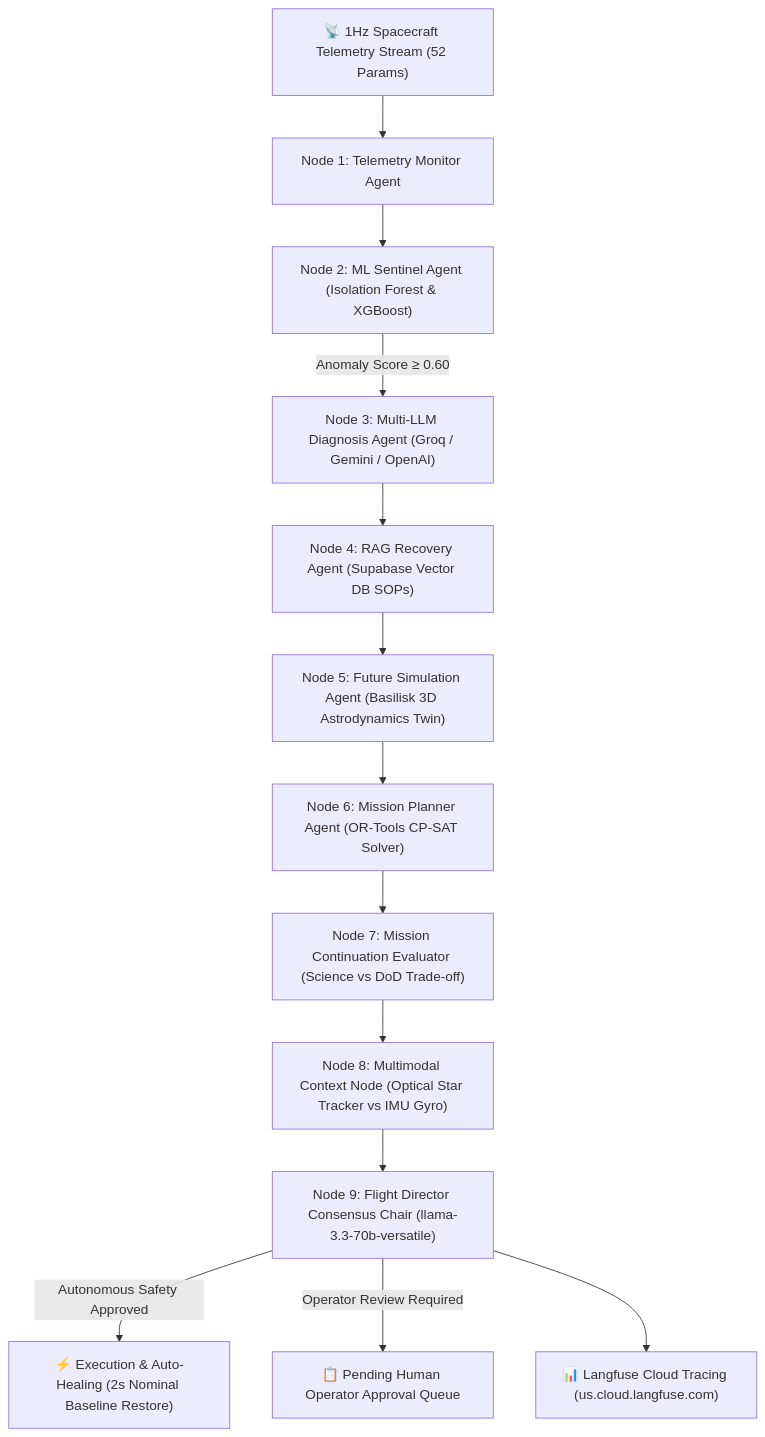
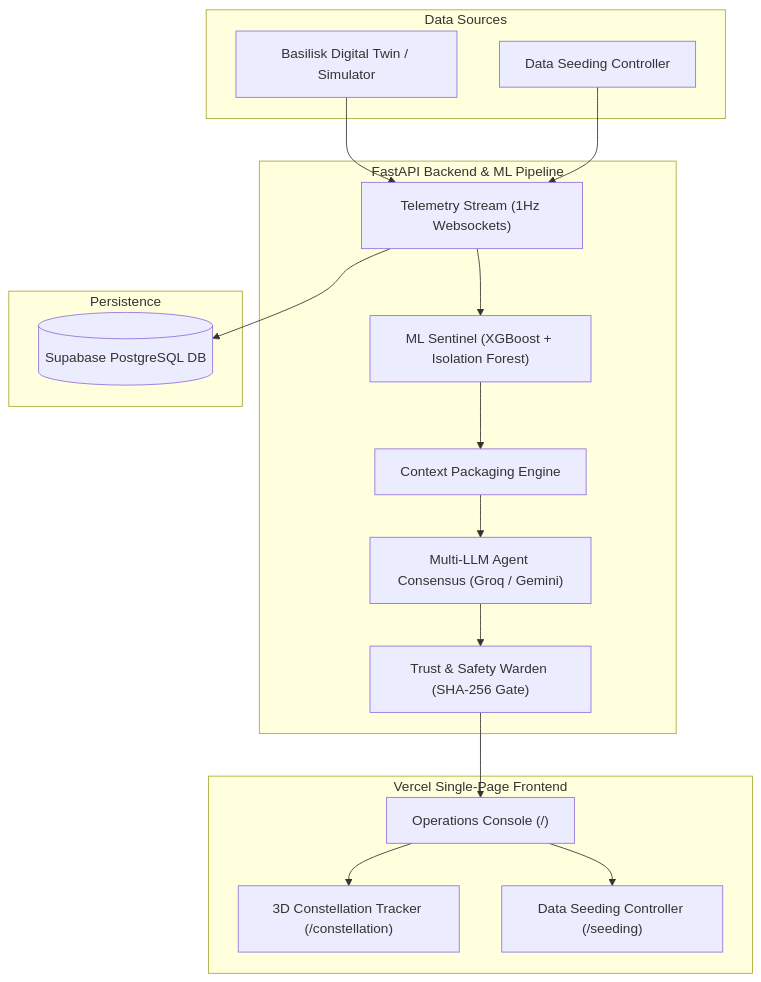
The diagram in README.md (kaushik-khodke/CodeRush2.0_404), drawn with Mermaid before and after one commit. The commit also changed other lines of this file and 12 other files, not shown here.

Commit message:
feat: implement SMOA frontend infrastructure with telemetry dashboard and constellation visualization components

````diff
--- a/README.md
+++ b/README.md
@@ -17,15 +65,36 @@
 ```mermaid
 graph TD
-    A["📡 1Hz Spacecraft Telemetry Stream (52 Params)"] --> B["Node 1: Telemetry Monitor Agent"]
-    B --> C["Node 2: ML Sentinel Agent (Isolation Forest & XGBoost)"]
-    C -->|Anomaly Score ≥ 0.60| D["Node 3: Multi-LLM Diagnosis Agent (Groq / Gemini / OpenAI)"]
-    D --> E["Node 4: RAG Recovery Agent (Supabase Vector DB SOPs)"]
-    E --> F["Node 5: Future Simulation Agent (Basilisk 3D Astrodynamics Twin)"]
-    F --> G["Node 6: Mission Planner Agent (OR-Tools CP-SAT Solver)"]
-    G --> H["Node 7: Mission Continuation Evaluator (Science vs DoD Trade-off)"]
-    H --> I["Node 8: Multimodal Context Node (Optical Star Tracker vs IMU Gyro)"]
-    I --> J["Node 9: Flight Director Consensus Chair (llama-3.3-70b-versatile)"]
-    J -->|Autonomous Safety Approved| K["⚡ Execution & Auto-Healing (2s Nominal Baseline Restore)"]
-    J -->|Operator Review Required| L["📋 Pending Human Operator Approval Queue"]
-    J --> M["📊 Langfuse Cloud Tracing (us.cloud.langfuse.com)"]
+    subgraph Data Sources
+        Sim["Basilisk Digital Twin / Simulator"]
+        Seed["Data Seeding Controller"]
+    end
+
+    subgraph Backend Engine ["FastAPI Backend & ML Pipeline"]
+        Bridge["Telemetry Stream (1Hz Websockets)"]
+        ML["ML Sentinel (XGBoost + Isolation Forest)"]
+        Context["Context Packaging Engine"]
+        MultiAgent["Multi-LLM Agent Consensus (Groq / Gemini)"]
+        Trust["Trust & Safety Warden (SHA-256 Gate)"]
+    end
+
+    subgraph Persistence
+        SupaDB[("Supabase PostgreSQL DB")]
+    end
+
+    subgraph Frontend Portals ["Vercel Single-Page Frontend"]
+        OpsConsole["Operations Console (/)"]
+        Constellation["3D Constellation Tracker (/constellation)"]
+        SeedingUI["Data Seeding Controller (/seeding)"]
+    end
+
+    Sim --> Bridge
+    Seed --> Bridge
+    Bridge --> SupaDB
+    Bridge --> ML
+    ML --> Context
+    Context --> MultiAgent
+    MultiAgent --> Trust
+    Trust --> OpsConsole
+    OpsConsole --> Constellation
+    OpsConsole --> SeedingUI
 ```
````
